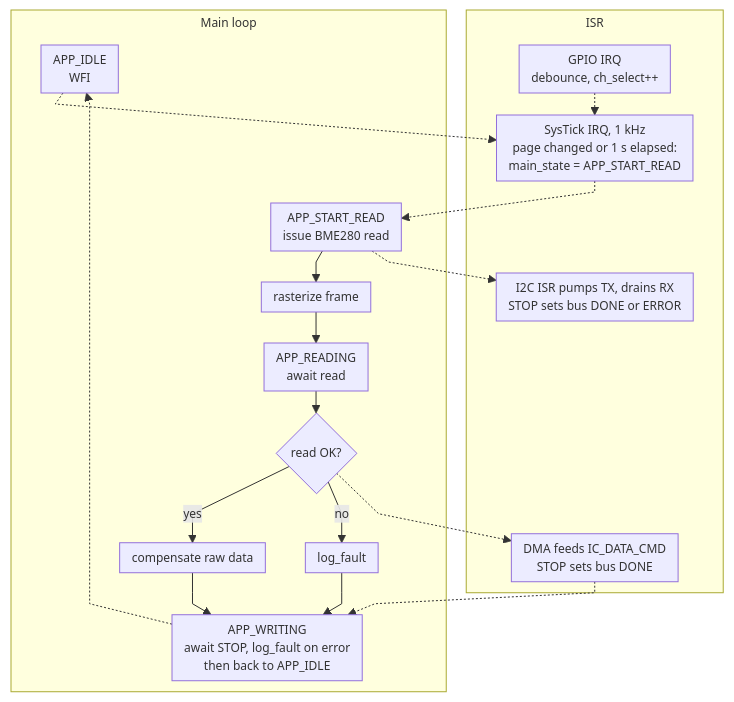
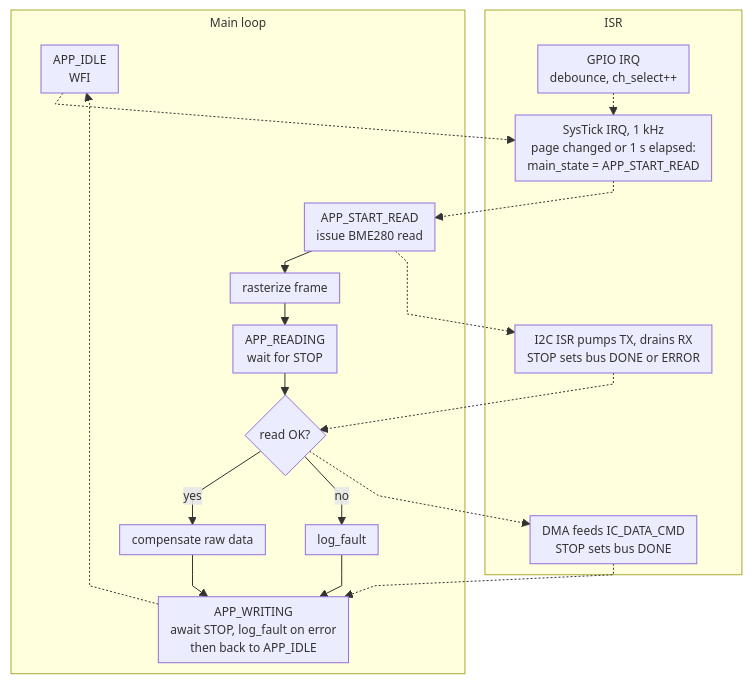
The diagram in README.md (Vasilis-Narain/rp2350-baremetal-weather-station), drawn with Mermaid before and after one commit.

````diff
--- a/README.md
+++ b/README.md
@@ -57,29 +57,30 @@
 ```mermaid
 %%{init: {"themeVariables": {"fontSize": "12px"}, "flowchart": {"nodeSpacing": 40, "rankSpacing": 22, "padding": 6, "diagramPadding": 10, "curve": "linear", "subGraphTitleMargin": {"top": 4, "bottom": 20}}}}%%
 flowchart TB
     subgraph MAIN["Main loop"]
         I["APP_IDLE<br/>WFI"]
         S["APP_START_READ<br/>issue BME280 read"] --> R["rasterize frame"]
-        R --> RD["APP_READING<br/>await read"]
+        R --> RD["APP_READING<br/>wait for STOP"]
         RD --> OK{"read OK?"}
         OK -- yes --> C["compensate raw data"]
         OK -- no --> LF["log_fault"]
         C --> W["APP_WRITING<br/>await STOP, log_fault on error<br/>then back to APP_IDLE"]
         LF --> W
     end
 
     subgraph ISR 
         BTN["GPIO IRQ<br/>debounce, ch_select++"]
         SYS["SysTick IRQ, 1 kHz<br/>page changed or 1 s elapsed:<br/>main_state = APP_START_READ"]
         ISR["I2C ISR pumps TX, drains RX<br/>STOP sets bus DONE or ERROR"]
         DF["DMA feeds IC_DATA_CMD<br/>STOP sets bus DONE"]
     end
 
     I -.-> SYS
     BTN -.-> SYS
     SYS -.-> S
     S -.-> ISR
     DF -.-> W
     W -.->I
+ISR -.->OK
 OK -.-> DF
 ```
````
